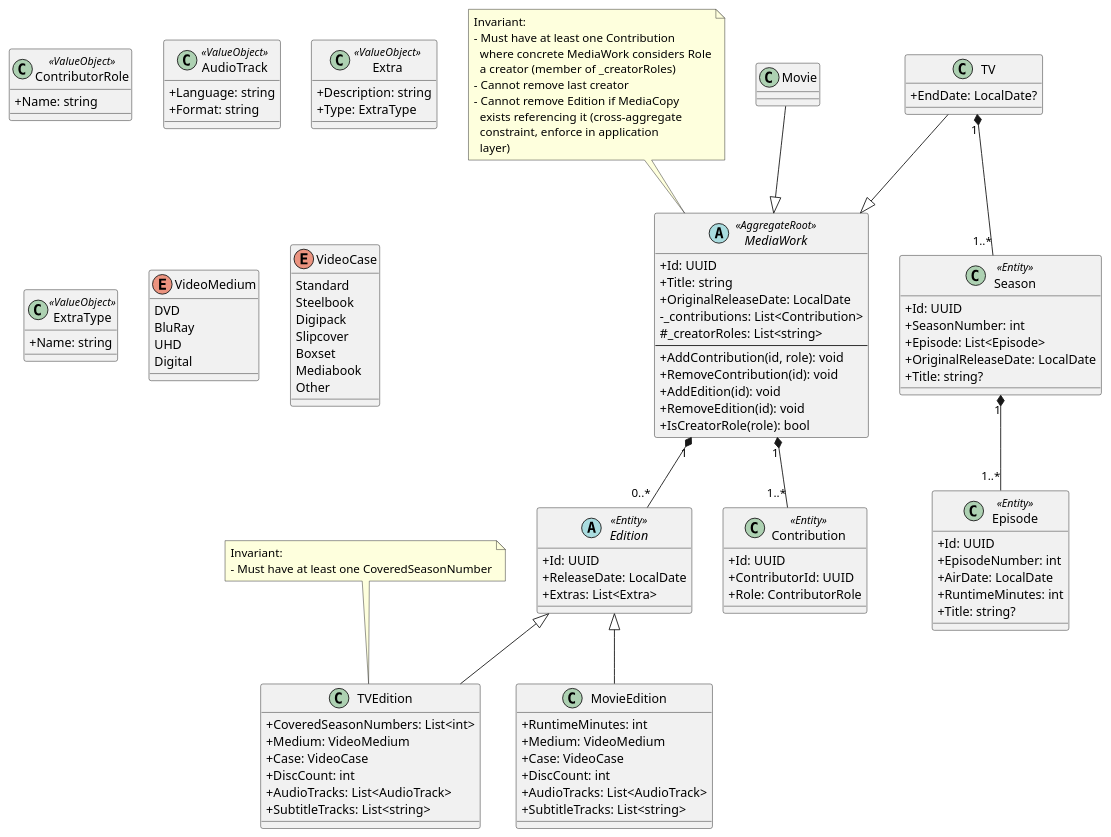
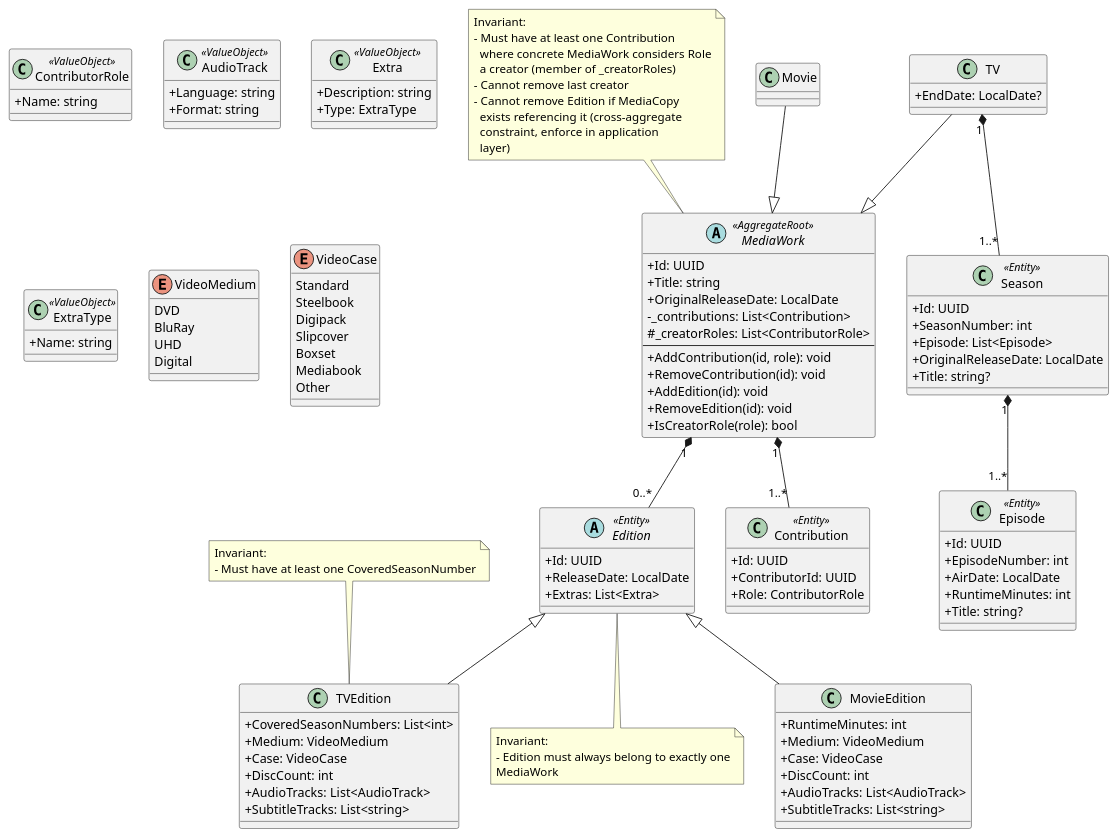
The diagram in docs/uml/domain/domain-media-work.puml (yantue/colleq), drawn with PlantUML before and after one commit. The commit also changed 2 other files, not shown here.

Commit message:
docs: Update _creatorRoles type and Add missing ID to CollectionGroupMembership

```diff
--- a/docs/uml/domain/domain-media-work.puml
+++ b/docs/uml/domain/domain-media-work.puml
@@ -1,141 +1,147 @@
 @startuml
 skinparam classAttributeIconSize 0
 
 ' ===== CORE =====
 abstract class MediaWork <<AggregateRoot>> {
     +Id: UUID
     +Title: string
     +OriginalReleaseDate: LocalDate
     -_contributions: List<Contribution>
-    #_creatorRoles: List<string>
+    #_creatorRoles: List<ContributorRole>
     --
     +AddContribution(id, role): void
     +RemoveContribution(id): void
     +AddEdition(id): void
     +RemoveEdition(id): void
     +IsCreatorRole(role): bool
 }
 
 note top of MediaWork
 Invariant:
 - Must have at least one Contribution
   where concrete MediaWork considers Role
   a creator (member of _creatorRoles)
 - Cannot remove last creator
 - Cannot remove Edition if MediaCopy
   exists referencing it (cross-aggregate
   constraint, enforce in application
   layer)
 end note
 
 abstract class Edition <<Entity>> {
     +Id: UUID
     +ReleaseDate: LocalDate
     +Extras: List<Extra>
 }
+
+note bottom of Edition
+Invariant:
+- Edition must always belong to exactly one
+MediaWork
+end note
 
 MediaWork "1" *-- "0..*" Edition
 
 class Contribution <<Entity>> {
     +Id: UUID
     +ContributorId: UUID
     +Role: ContributorRole
 }
 
 class ContributorRole <<ValueObject>> {
     +Name: string
 }
 
 MediaWork "1" *-- "1..*" Contribution
 
 ' ===== MOVIE =====
 class Movie
 
 Movie --|> MediaWork
 
 class MovieEdition {
     +RuntimeMinutes: int
     +Medium: VideoMedium
     +Case: VideoCase
     +DiscCount: int
     +AudioTracks: List<AudioTrack>
     +SubtitleTracks: List<string>
 }
 
 Edition <|-- MovieEdition
 
 ' ===== TV =====
 class TV {
     +EndDate: LocalDate?
 }
 
 TV --|> MediaWork
 
 class TVEdition {
     +CoveredSeasonNumbers: List<int>
     +Medium: VideoMedium
     +Case: VideoCase
     +DiscCount: int
     +AudioTracks: List<AudioTrack>
     +SubtitleTracks: List<string>
 }
 
 Edition <|-- TVEdition
 
 note top of TVEdition
 Invariant:
 - Must have at least one CoveredSeasonNumber
 end note
 
 class Season <<Entity>> {
     +Id: UUID
     +SeasonNumber: int
     +Episode: List<Episode>
     +OriginalReleaseDate: LocalDate
     +Title: string?
 }
 
 class Episode <<Entity>> {
     +Id: UUID
     +EpisodeNumber: int
     +AirDate: LocalDate
     +RuntimeMinutes: int
     +Title: string?
 }
 
 Season "1" *-- "1..*" Episode
 TV "1" *-- "1..*" Season
 
 ' ===== SHARED =====
 class AudioTrack <<ValueObject>> {
     +Language: string
     +Format: string
 }
 
 class Extra <<ValueObject>> {
     +Description: string
     +Type: ExtraType
 }
 
 class ExtraType <<ValueObject>> {
     +Name: string
 }
 
 enum VideoMedium {
     DVD
     BluRay
     UHD
     Digital
 }
 
 enum VideoCase {
     Standard
     Steelbook
     Digipack
     Slipcover
     Boxset
     Mediabook
     Other
 }
 
 @enduml
```
